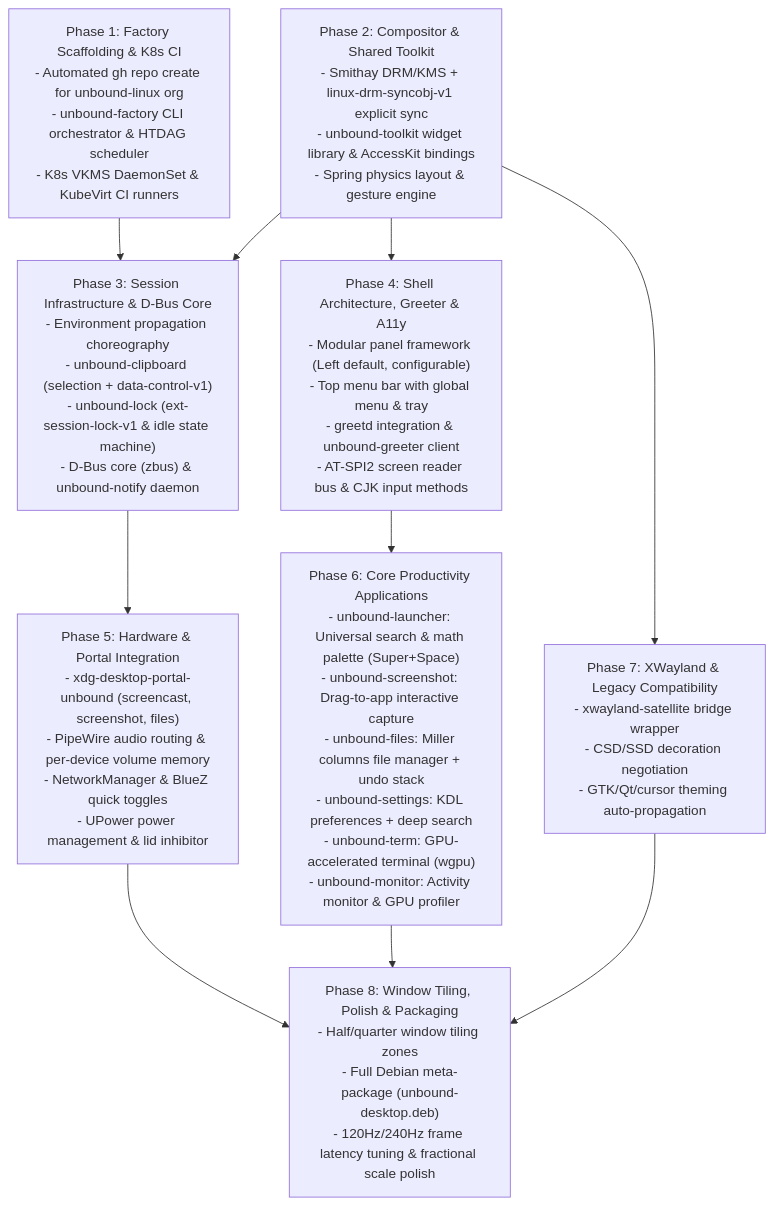
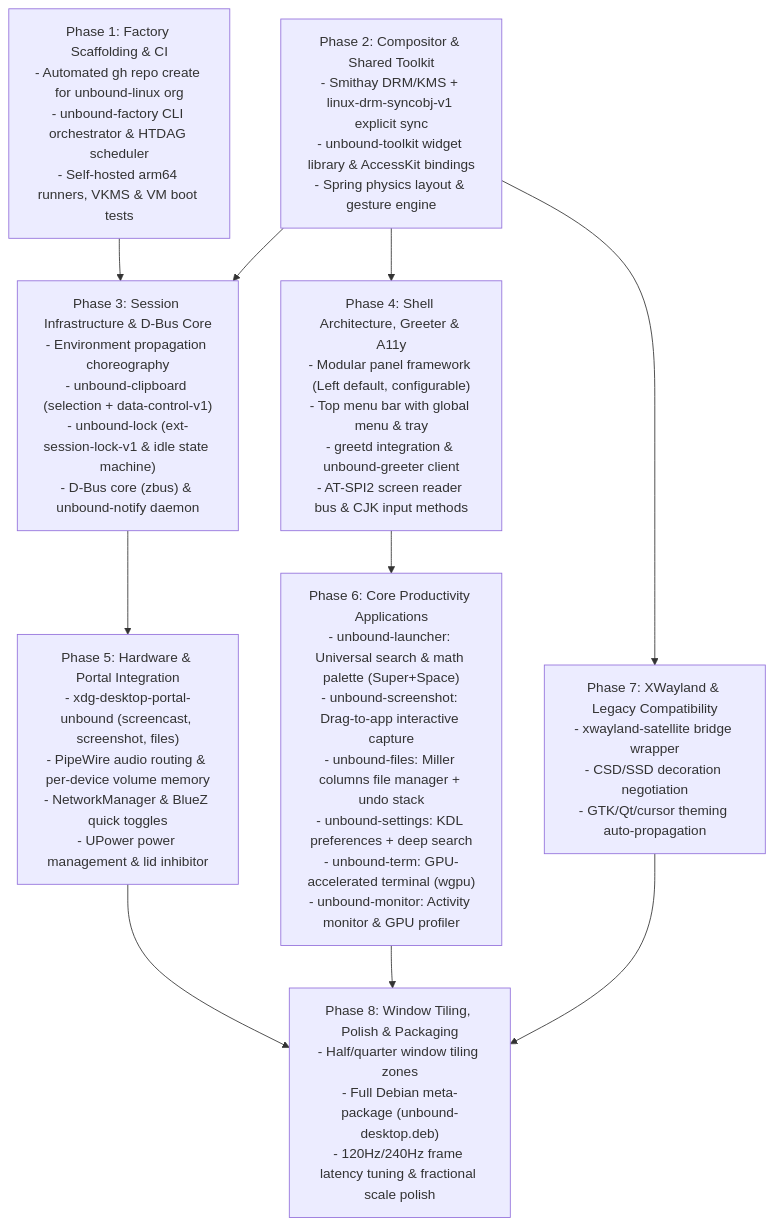
One commit to bande-linux/desktop changed the seventh of 8 diagrams in docs/ARCHITECTURE.md. Above: the diagram before and after it, drawn with Mermaid. The commit also changed other lines of this file and 4 other files, not shown here.

Commit message:
Plan CI on the organization's self-hosted arm64 runners

````diff
--- a/docs/ARCHITECTURE.md
+++ b/docs/ARCHITECTURE.md
@@ -612,26 +613,26 @@
 ```mermaid
 flowchart TD
-    P1["Phase 1: Factory Scaffolding & K8s CI<br/>- Automated gh repo create for unbound-linux org<br/>- unbound-factory CLI orchestrator & HTDAG scheduler<br/>- K8s VKMS DaemonSet & KubeVirt CI runners"]
+    P1["Phase 1: Factory Scaffolding & CI<br/>- Automated gh repo create for unbound-linux org<br/>- unbound-factory CLI orchestrator & HTDAG scheduler<br/>- Self-hosted arm64 runners, VKMS & VM boot tests"]
     
     P2["Phase 2: Compositor & Shared Toolkit<br/>- Smithay DRM/KMS + linux-drm-syncobj-v1 explicit sync<br/>- unbound-toolkit widget library & AccessKit bindings<br/>- Spring physics layout & gesture engine"]
 
     P3["Phase 3: Session Infrastructure & D-Bus Core<br/>- Environment propagation choreography<br/>- unbound-clipboard (selection + data-control-v1)<br/>- unbound-lock (ext-session-lock-v1 & idle state machine)<br/>- D-Bus core (zbus) & unbound-notify daemon"]
 
     P4["Phase 4: Shell Architecture, Greeter & A11y<br/>- Modular panel framework (Left default, configurable)<br/>- Top menu bar with global menu & tray<br/>- greetd integration & unbound-greeter client<br/>- AT-SPI2 screen reader bus & CJK input methods"]
 
     P5["Phase 5: Hardware & Portal Integration<br/>- xdg-desktop-portal-unbound (screencast, screenshot, files)<br/>- PipeWire audio routing & per-device volume memory<br/>- NetworkManager & BlueZ quick toggles<br/>- UPower power management & lid inhibitor"]
 
     P6["Phase 6: Core Productivity Applications<br/>- unbound-launcher: Universal search & math palette (Super+Space)<br/>- unbound-screenshot: Drag-to-app interactive capture<br/>- unbound-files: Miller columns file manager + undo stack<br/>- unbound-settings: KDL preferences + deep search<br/>- unbound-term: GPU-accelerated terminal (wgpu)<br/>- unbound-monitor: Activity monitor & GPU profiler"]
 
     P7["Phase 7: XWayland & Legacy Compatibility<br/>- xwayland-satellite bridge wrapper<br/>- CSD/SSD decoration negotiation<br/>- GTK/Qt/cursor theming auto-propagation"]
 
     P8["Phase 8: Window Tiling, Polish & Packaging<br/>- Half/quarter window tiling zones<br/>- Full Debian meta-package (unbound-desktop.deb)<br/>- 120Hz/240Hz frame latency tuning & fractional scale polish"]
 
     P1 --> P3
     P2 --> P3
     P2 --> P4
     P3 --> P5
     P4 --> P6
     P2 --> P7
     P5 & P6 & P7 --> P8
 ```
````
